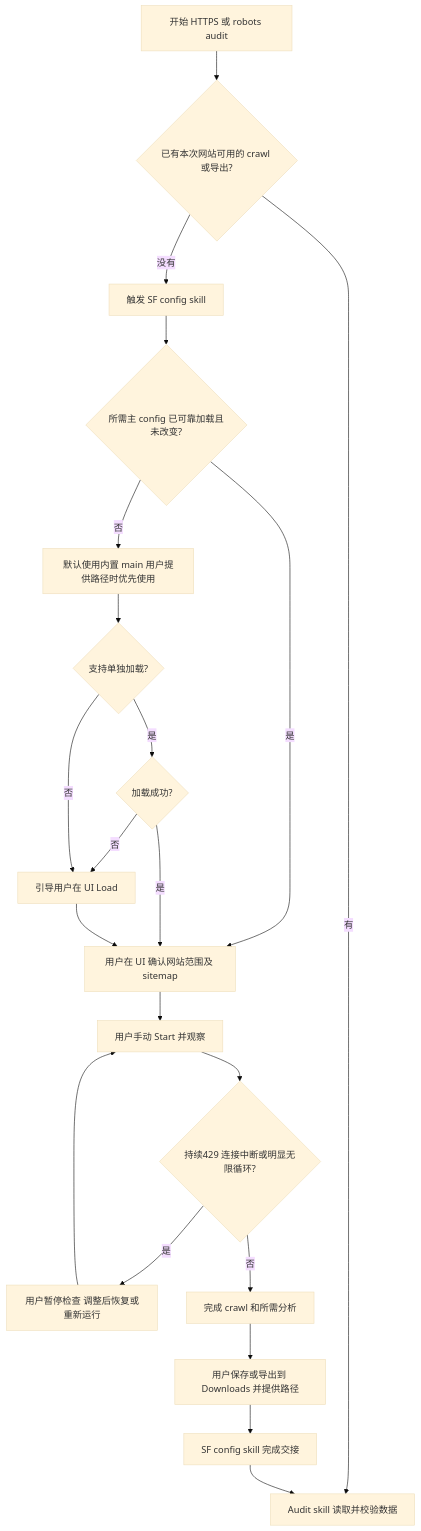
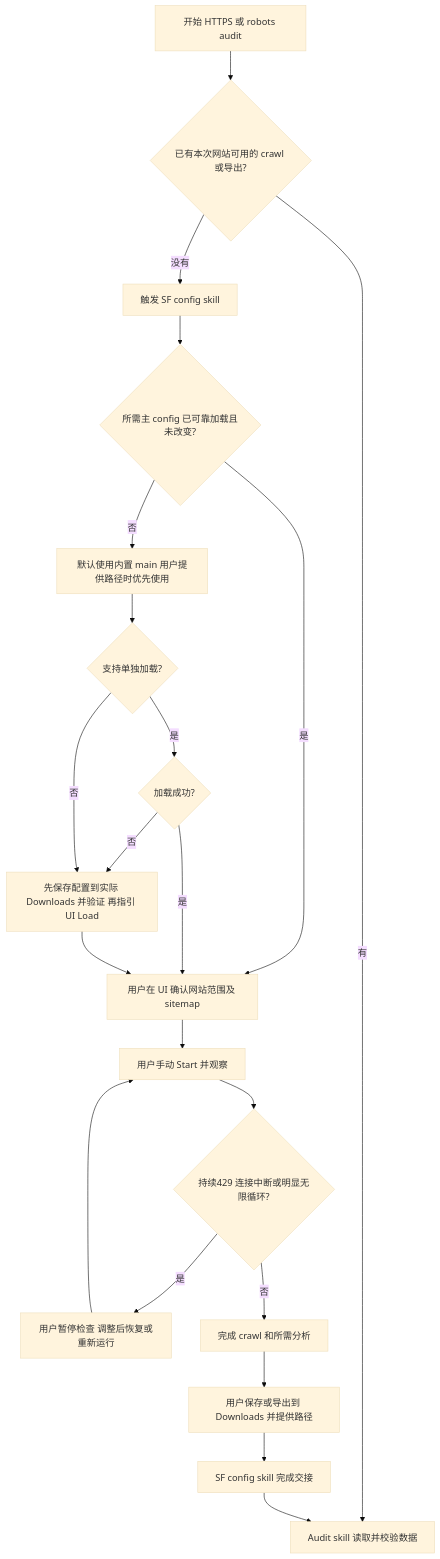
Before and after one commit to timn-firstpage/On-_site_SF_shared_config: the first of 2 diagrams in README.md, drawn with Mermaid (base theme). The commit also changed other lines of this file and 3 other files, not shown here.

````diff
--- a/README.md
+++ b/README.md
@@ -9,23 +9,23 @@
 ```mermaid
 flowchart TD
     A[开始 HTTPS 或 robots audit] --> B{已有本次网站可用的 crawl 或导出?}
     B -- 有 --> J[Audit skill 读取并校验数据]
     B -- 没有 --> C[触发 SF config skill]
     C --> D{所需主 config 已可靠加载且未改变?}
     D -- 是 --> F[用户在 UI 确认网站范围及 sitemap]
     D -- 否 --> E[默认使用内置 main 用户提供路径时优先使用]
     E --> E2{支持单独加载?}
     E2 -- 是 --> N{加载成功?}
     N -- 是 --> F
     N -- 否 --> E3
-    E2 -- 否 --> E3[引导用户在 UI Load]
+    E2 -- 否 --> E3[先保存配置到实际 Downloads 并验证 再指引 UI Load]
     E3 --> F
     F --> G[用户手动 Start 并观察]
     G --> H{持续429 连接中断或明显无限循环?}
     H -- 是 --> I[用户暂停检查 调整后恢复或重新运行]
     I --> G
     H -- 否 --> K[完成 crawl 和所需分析]
     K --> L[用户保存或导出到 Downloads 并提供路径]
     L --> M[SF config skill 完成交接]
     M --> J
 ```
````
